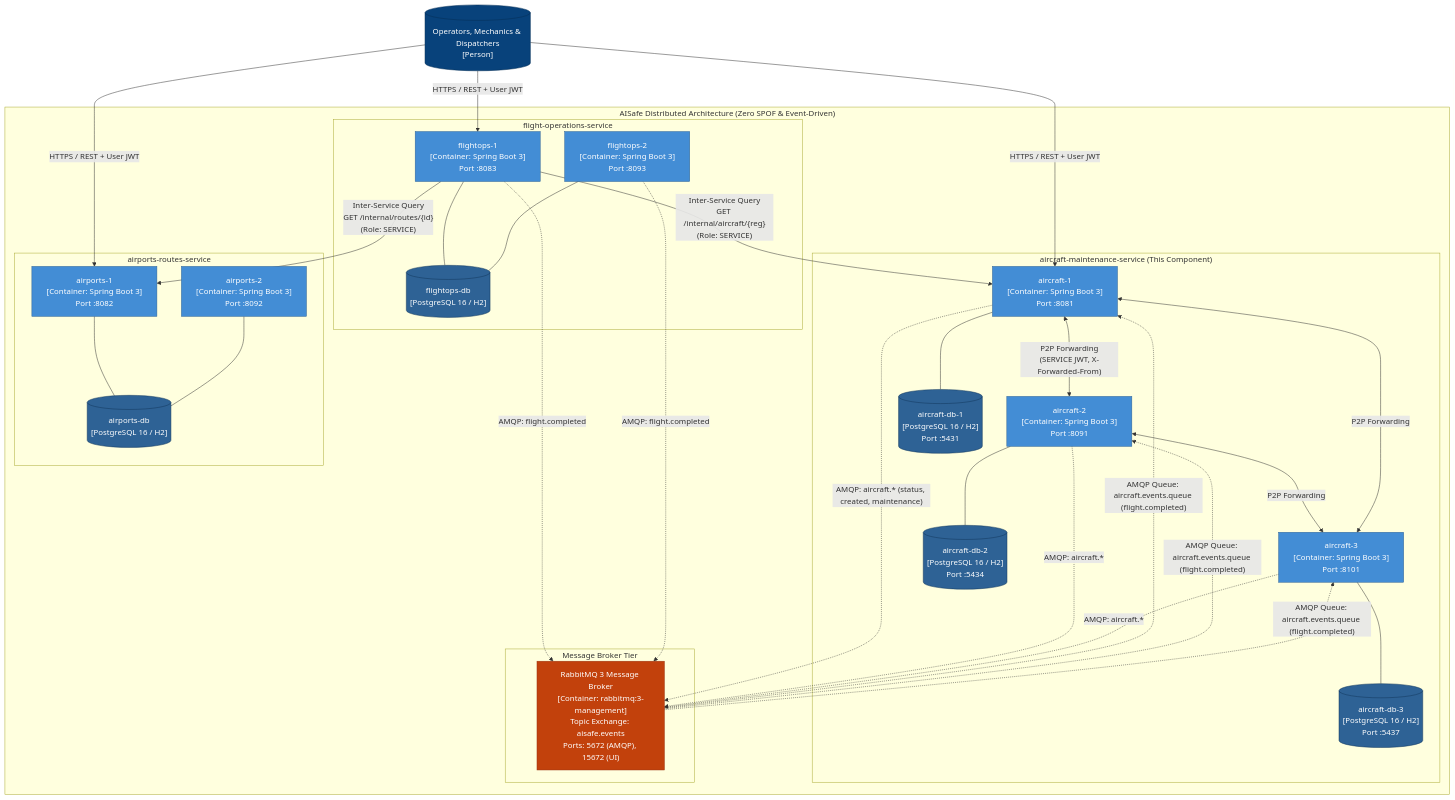
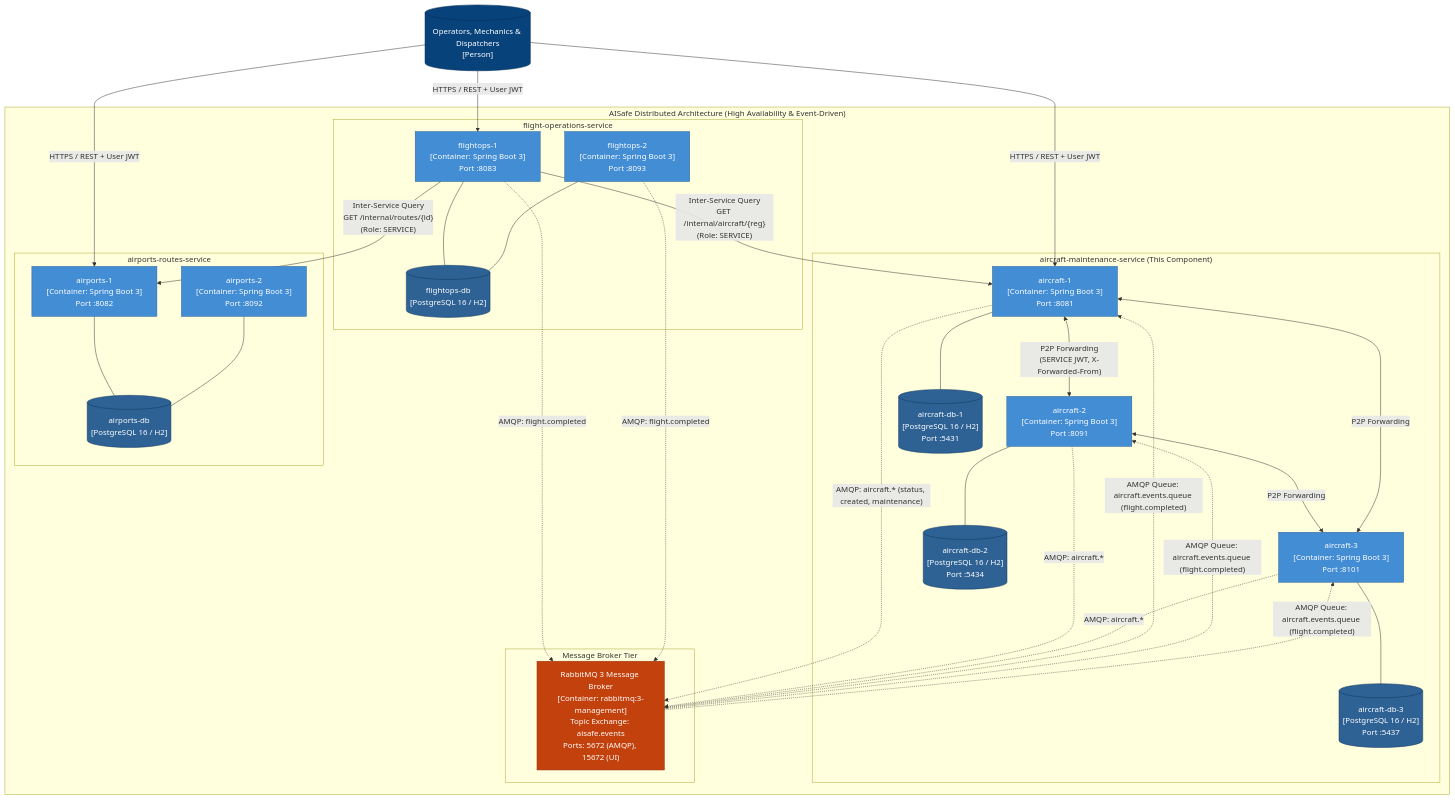
The third of 8 diagrams in docs/C4-Model.md (ImJay1527/aircraft-maintenance-service), drawn with Mermaid before and after one commit. The commit also changed 8 other files, not shown here.

Commit message:
fix(a2-v3): implement idempotent consumer with processed_events table and remove remaining Zero SPOF references

````diff
--- a/docs/C4-Model.md
+++ b/docs/C4-Model.md
@@ -95,64 +95,64 @@
 ```mermaid
 %% C4 Level 2 - Container Diagram
 flowchart TB
     classDef person fill:#08427b,stroke:#052e56,color:#fff;
     classDef container fill:#438dd5,stroke:#2e6295,color:#fff;
     classDef db fill:#2e6295,stroke:#11365c,color:#fff,shape:cylinder;
     classDef broker fill:#c2410c,stroke:#9a3412,color:#fff;
 
     Users[("Operators, Mechanics & Dispatchers<br/>[Person]")]:::person
 
-    subgraph AISafe["AISafe Distributed Architecture (Zero SPOF & Event-Driven)"]
+    subgraph AISafe["AISafe Distributed Architecture (High Availability & Event-Driven)"]
         subgraph AM_Cluster["aircraft-maintenance-service (This Component)"]
             am1["aircraft-1<br/>[Container: Spring Boot 3]<br/>Port :8081"]:::container
             am2["aircraft-2<br/>[Container: Spring Boot 3]<br/>Port :8091"]:::container
             am3["aircraft-3<br/>[Container: Spring Boot 3]<br/>Port :8101"]:::container
             db_am1[("aircraft-db-1<br/>[PostgreSQL 16 / H2]<br/>Port :5431")]:::db
             db_am2[("aircraft-db-2<br/>[PostgreSQL 16 / H2]<br/>Port :5434")]:::db
             db_am3[("aircraft-db-3<br/>[PostgreSQL 16 / H2]<br/>Port :5437")]:::db
             am1 --- db_am1
             am2 --- db_am2
             am3 --- db_am3
             am1 <-->|"P2P Forwarding<br/>(SERVICE JWT, X-Forwarded-From)"| am2
             am2 <-->|"P2P Forwarding"| am3
             am1 <-->|"P2P Forwarding"| am3
         end
 
         subgraph Broker_Cluster["Message Broker Tier"]
             rmq["RabbitMQ 3 Message Broker<br/>[Container: rabbitmq:3-management]<br/>Topic Exchange: aisafe.events<br/>Ports: 5672 (AMQP), 15672 (UI)"]:::broker
         end
 
         subgraph FO_Cluster["flight-operations-service"]
             fo1["flightops-1<br/>[Container: Spring Boot 3]<br/>Port :8083"]:::container
             fo2["flightops-2<br/>[Container: Spring Boot 3]<br/>Port :8093"]:::container
             db_fo[("flightops-db<br/>[PostgreSQL 16 / H2]")]:::db
             fo1 --- db_fo
             fo2 --- db_fo
         end
 
         subgraph AR_Cluster["airports-routes-service"]
             ar1["airports-1<br/>[Container: Spring Boot 3]<br/>Port :8082"]:::container
             ar2["airports-2<br/>[Container: Spring Boot 3]<br/>Port :8092"]:::container
             db_ar[("airports-db<br/>[PostgreSQL 16 / H2]")]:::db
             ar1 --- db_ar
             ar2 --- db_ar
         end
     end
 
     Users -->|"HTTPS / REST + User JWT"| am1
     Users -->|"HTTPS / REST + User JWT"| fo1
     Users -->|"HTTPS / REST + User JWT"| ar1
 
     fo1 -->|"Inter-Service Query<br/>GET /internal/aircraft/{reg}<br/>(Role: SERVICE)"| am1
     fo1 -->|"Inter-Service Query<br/>GET /internal/routes/{id}<br/>(Role: SERVICE)"| ar1
 
     am1 -.->|"AMQP: aircraft.* (status, created, maintenance)"| rmq
     am2 -.->|"AMQP: aircraft.*"| rmq
     am3 -.->|"AMQP: aircraft.*"| rmq
     rmq -.->|"AMQP Queue: aircraft.events.queue (flight.completed)"| am1
     rmq -.->|"AMQP Queue: aircraft.events.queue (flight.completed)"| am2
     rmq -.->|"AMQP Queue: aircraft.events.queue (flight.completed)"| am3
 
     fo1 -.->|"AMQP: flight.completed"| rmq
     fo2 -.->|"AMQP: flight.completed"| rmq
 ```
````
